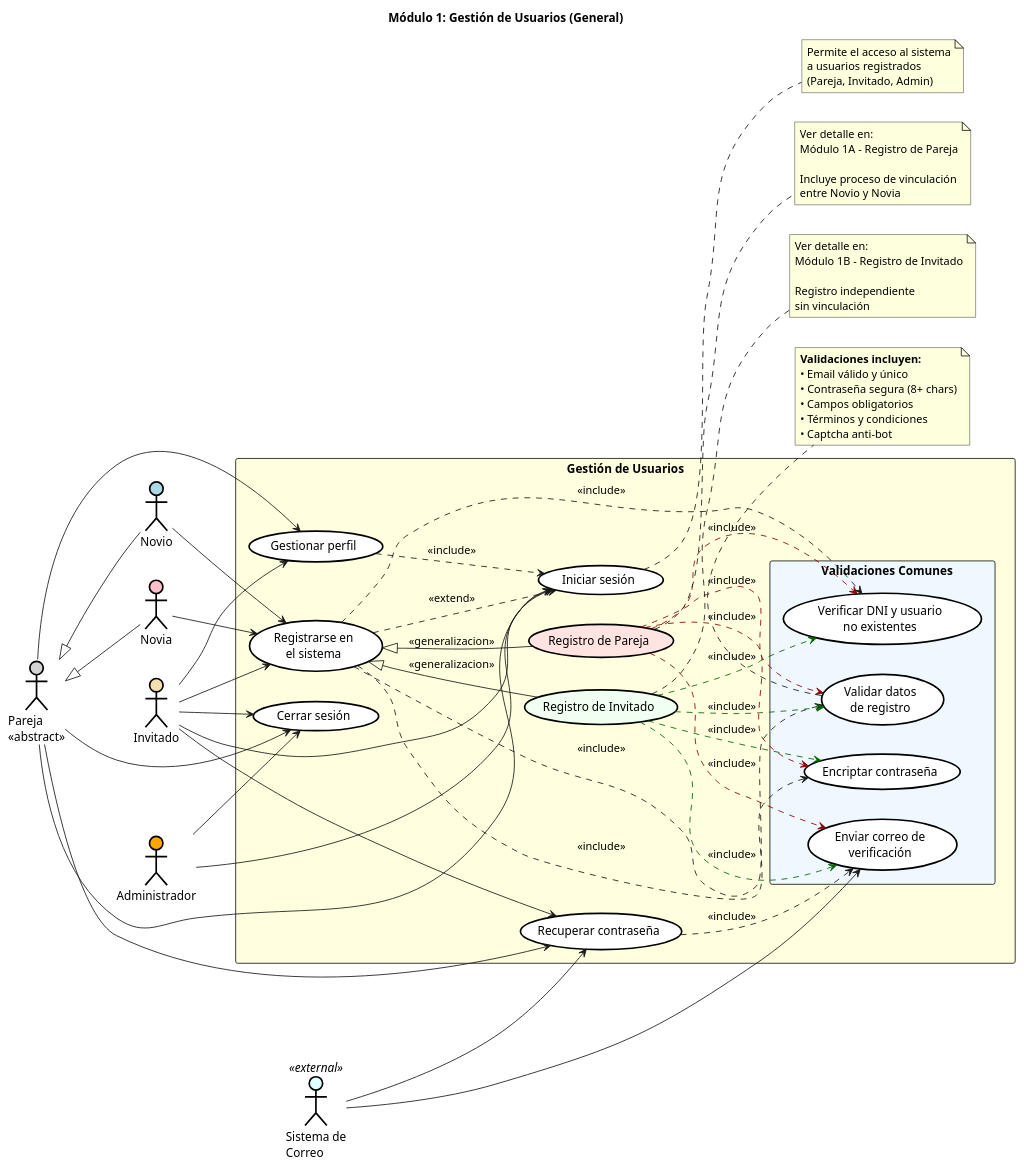
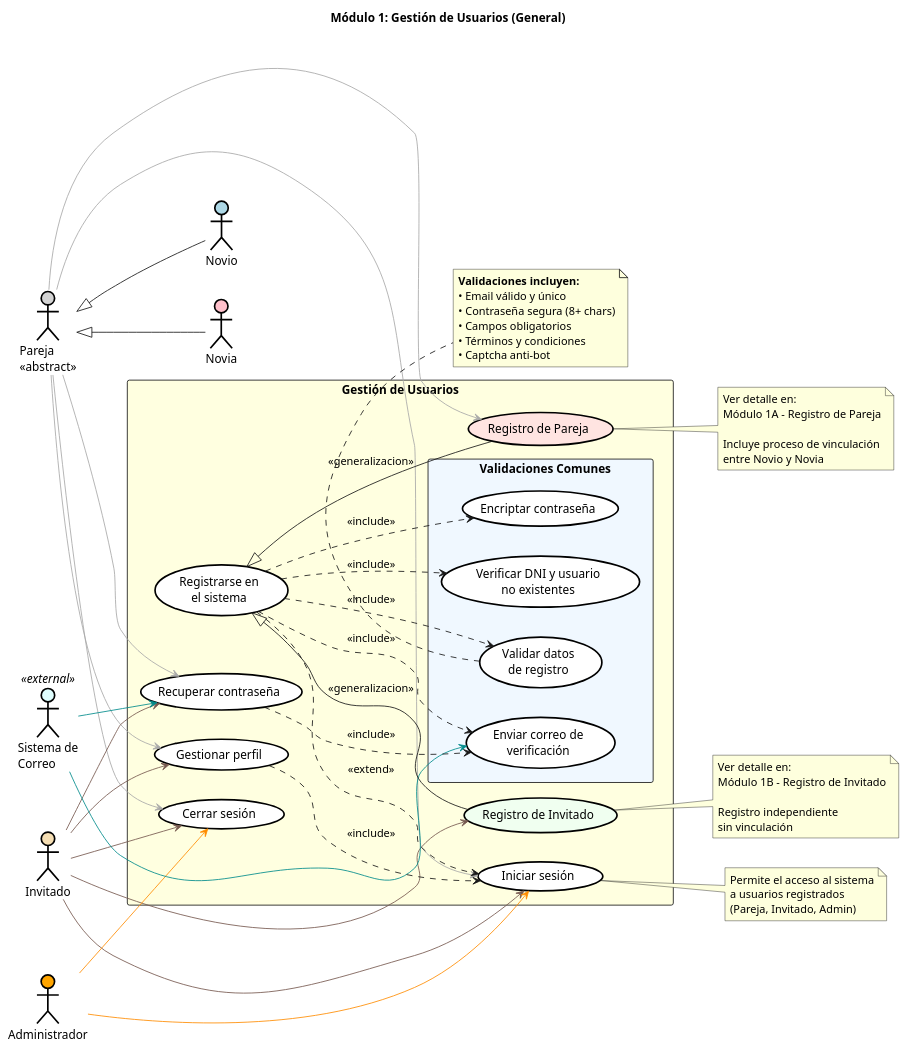
Before and after one commit to 3m1l10j4v13r4qu1n0/ift12_repo: the diagram in disenioSoftware/tpDiagramas/codigoPluntUml/M1moduloUsuarios.puml, drawn with PlantUML. The commit also changed 1 other file, not shown here.

Commit message:
commit 7 creo rama_3 para versionesa alternativas de diagramas de casos de uso

```diff
--- a/disenioSoftware/tpDiagramas/codigoPluntUml/M1moduloUsuarios.puml
+++ b/disenioSoftware/tpDiagramas/codigoPluntUml/M1moduloUsuarios.puml
@@ -1,139 +1,129 @@
 @startuml moduloUsuariosGeneral
 left to right direction
 skinparam packageStyle rectangle
 
 skinparam usecase {
     BackgroundColor White
     BorderColor Black
     BorderThickness 2
 }
 
 skinparam actor {
     BackgroundColor White
     BorderColor Black
     BorderThickness 2
 }
 
 skinparam package {
     BorderThickness 2
     FontStyle bold
 }
 
 title Módulo 1: Gestión de Usuarios (General)
 
 ' ===== ACTORES =====
 actor "Pareja\n<<abstract>>" as Pareja #LightGray
 actor "Novio" as SoyNovio #LightBlue
 actor "Novia" as SoyNovia #Pink
 actor "Invitado" as Invitado #Wheat
 actor "Administrador" as Admin #Orange
 actor "Sistema de\nCorreo" as Mail <<external>> #LightCyan
 
 ' Generalización
 SoyNovio -up-|> Pareja
 SoyNovia -up-|> Pareja
 
 ' ===== CASOS DE USO PRINCIPALES =====
 package "Gestión de Usuarios" #LightYellow {
   
   usecase (Registrarse en\nel sistema) as UC01
   usecase (Iniciar sesión) as UC02
   usecase (Gestionar perfil) as UC03
   usecase (Recuperar contraseña) as UC04
   usecase (Cerrar sesión) as UC05
   usecase (Registro de Pareja) as MOD1A #MistyRose
   usecase (Registro de Invitado) as MOD1B #Honeydew
   
   
   package "   Validaciones Comunes" #AliceBlue {
     usecase (Validar datos\nde registro) as UC01b
     usecase (Verificar DNI y usuario\nno existentes) as UC01c
     usecase (Encriptar contraseña) as UC01d
     usecase (Enviar correo de\nverificación) as UC01e
   }
 }
 
 ' ===== RELACIONES DE ACTORES =====
 
 ' Actores - Registro
-SoyNovio --> UC01
-SoyNovia --> UC01
-Invitado --> UC01
+Pareja -up-> MOD1A #DarkGray
+Invitado -up-> MOD1B #76594F
 
 ' Actores - Funcionalidades generales
-Pareja --> UC02
-Pareja --> UC03
-Pareja --> UC04
-Pareja --> UC05
+Pareja --> UC02 #DarkGray
+Pareja --> UC03 #DarkGray
+Pareja --> UC04 #DarkGray
+Pareja --> UC05 #DarkGray
 
-Invitado --> UC02
-Invitado --> UC03
-Invitado --> UC04
-Invitado --> UC05
+Invitado --> UC02 #76594F
+Invitado --> UC03 #76594F
+Invitado --> UC04 #76594F
+Invitado --> UC05 #76594F
 
-Admin --> UC02
-Admin --> UC05
+Admin --> UC02 #DarkOrange
+Admin --> UC05 #DarkOrange
 
 ' Sistema externo
-Mail --> UC01e
-Mail --> UC04
+Mail --> UC01e #DarkCyan
+Mail --> UC04 #DarkCyan
 
 ' ===== RELACIONES ENTRE CASOS DE USO =====
 
 ' Flujo principal
 MOD1A -up-|> UC01 : <<generalizacion>>
 MOD1B -up-|> UC01 : <<generalizacion>>
 UC01 ..> UC01b : <<include>>
 UC01 ..> UC01c : <<include>>
 UC01 ..> UC01d : <<include>>
-UC01 ..> UC02 : <<extend>>
+UC01 ..> UC01e : <<include>>
+UC01 ..> UC02  : <<extend>>
 
-' Relaciones de módulos
-MOD1A ..> UC01b #DarkRed : <<include>>
-MOD1A ..> UC01c #DarkRed : <<include>>
-MOD1A ..> UC01d #DarkRed : <<include>>
-MOD1A ..> UC01e #DarkRed : <<include>>
-
-MOD1B ..> UC01b #DarkGreen : <<include>>
-MOD1B ..> UC01c #DarkGreen : <<include>>
-MOD1B ..> UC01d #DarkGreen : <<include>>
-MOD1B ..> UC01e #DarkGreen : <<include>>
 
 ' Otras relaciones
 UC03 ..> UC02 : <<include>>
 UC04 ..> UC01e : <<include>>
 
 ' ===== NOTAS EXPLICATIVAS =====
 
 note right of MOD1A
   Ver detalle en:
   Módulo 1A - Registro de Pareja
   
   Incluye proceso de vinculación
   entre Novio y Novia
 end note
 
 note right of MOD1B
   Ver detalle en:
   Módulo 1B - Registro de Invitado
   
   Registro independiente
   sin vinculación
 end note
 
 note bottom of UC01b
   **Validaciones incluyen:**
   • Email válido y único
   • Contraseña segura (8+ chars)
   • Campos obligatorios
   • Términos y condiciones
   • Captcha anti-bot
 end note
 
 note right of UC02
   Permite el acceso al sistema
   a usuarios registrados
   (Pareja, Invitado, Admin)
 end note
 
 @enduml
```
